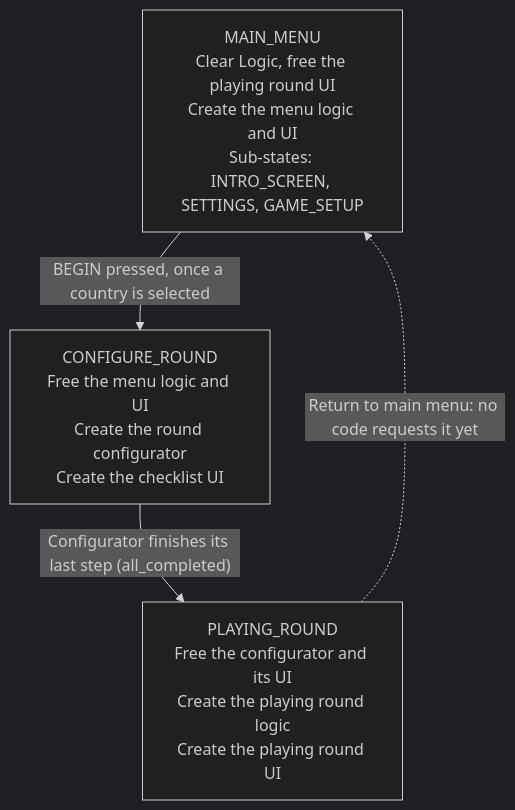
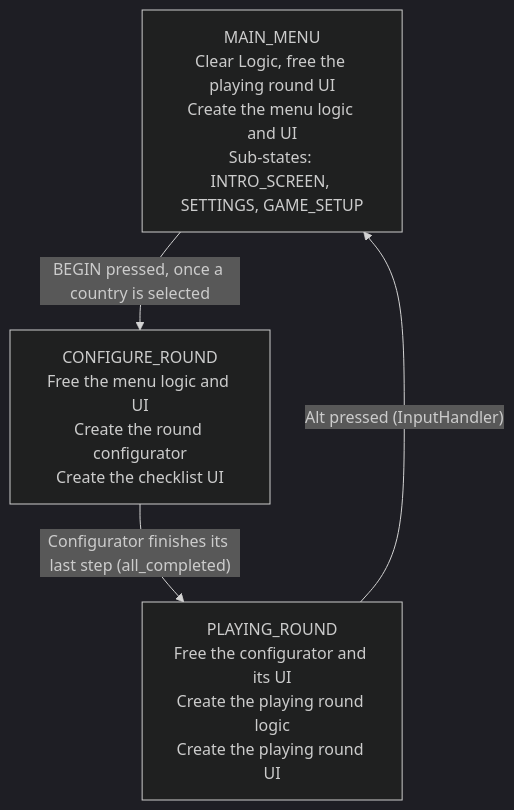
One commit to Bigfeta1/Political-Sim changed the diagram in docs/onboarding.md. Above: the diagram before and after it, drawn with Mermaid (dark theme). The commit also changed other lines of this file and 20 other files, not shown here.

````diff
--- a/docs/onboarding.md
+++ b/docs/onboarding.md
@@ -67,9 +67,9 @@
 ```mermaid
 flowchart TD
 	A["MAIN_MENU<br/>Clear Logic, free the playing round UI<br/>Create the menu logic and UI<br/>Sub-states: INTRO_SCREEN, SETTINGS, GAME_SETUP"]
 	B["CONFIGURE_ROUND<br/>Free the menu logic and UI<br/>Create the round configurator<br/>Create the checklist UI"]
 	C["PLAYING_ROUND<br/>Free the configurator and its UI<br/>Create the playing round logic<br/>Create the playing round UI"]
 	A -->|"BEGIN pressed, once a country is selected"| B
 	B -->|"Configurator finishes its last step (all_completed)"| C
-	C -.->|"Return to main menu: no code requests it yet"| A
+	C -->|"Alt pressed (InputHandler)"| A
 ```
````
